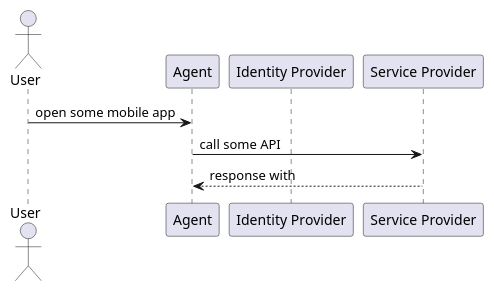
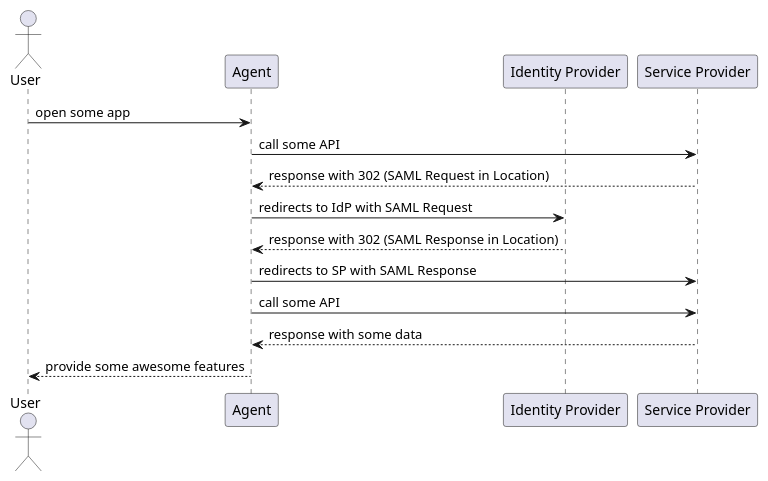
The diagram in security/authn/auth-saml.md (ondator/vault), drawn with PlantUML before and after one commit. The commit also changed other lines of this file, not shown here.

````diff
--- a/security/authn/auth-saml.md
+++ b/security/authn/auth-saml.md
@@ -8,11 +8,16 @@
 ```puml
 actor User as u
 participant Agent as c
 participant i as "Identity Provider"
 participant "Service Provider" as s
 
-u -> c: open some mobile app
+u -> c: open some app
 c -> s: call some API
-s --> c: response with 
-
+s --> c: response with 302 (SAML Request in Location)
+c -> i: redirects to IdP with SAML Request
+i --> c: response with 302 (SAML Response in Location)
+c -> s: redirects to SP with SAML Response
+c -> s: call some API
+s --> c: response with some data
+c --> u: provide some awesome features
 ```
````
